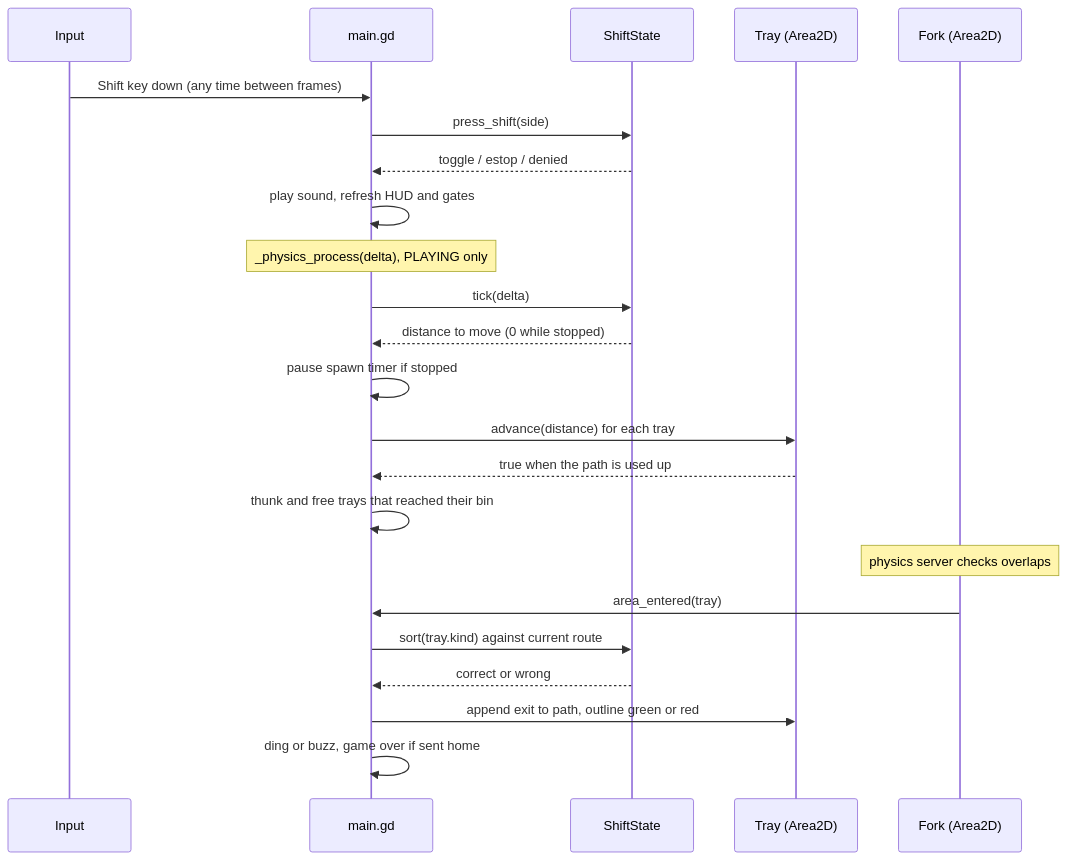
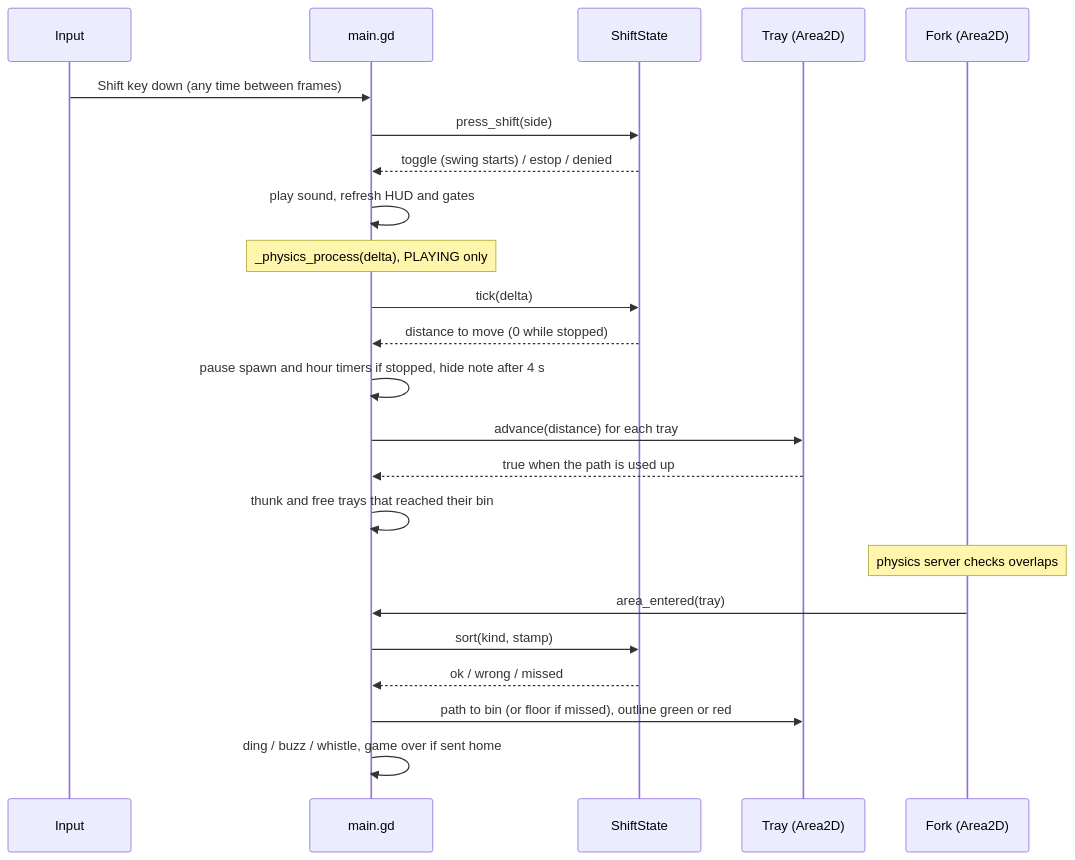
One commit to NiloyBhattacharjee/cluck-shift changed the eighth of 8 diagrams in docs/design.md. Above: the diagram before and after it, drawn with Mermaid. The commit also changed other lines of this file and 16 other files, not shown here.

````diff
--- a/docs/design.md
+++ b/docs/design.md
@@ -323,28 +404,28 @@
 ```mermaid
 sequenceDiagram
     participant Input
     participant Main as main.gd
     participant Logic as ShiftState
     participant Tray as Tray (Area2D)
     participant Fork as Fork (Area2D)
 
     Input->>Main: Shift key down (any time between frames)
     Main->>Logic: press_shift(side)
-    Logic-->>Main: toggle / estop / denied
+    Logic-->>Main: toggle (swing starts) / estop / denied
     Main->>Main: play sound, refresh HUD and gates
 
     Note over Main: _physics_process(delta), PLAYING only
     Main->>Logic: tick(delta)
     Logic-->>Main: distance to move (0 while stopped)
-    Main->>Main: pause spawn timer if stopped
+    Main->>Main: pause spawn and hour timers if stopped, hide note after 4 s
     Main->>Tray: advance(distance) for each tray
     Tray-->>Main: true when the path is used up
     Main->>Main: thunk and free trays that reached their bin
 
     Note over Fork: physics server checks overlaps
     Fork->>Main: area_entered(tray)
-    Main->>Logic: sort(tray.kind) against current route
-    Logic-->>Main: correct or wrong
-    Main->>Tray: append exit to path, outline green or red
-    Main->>Main: ding or buzz, game over if sent home
+    Main->>Logic: sort(kind, stamp)
+    Logic-->>Main: ok / wrong / missed
+    Main->>Tray: path to bin (or floor if missed), outline green or red
+    Main->>Main: ding / buzz / whistle, game over if sent home
 ```
````
